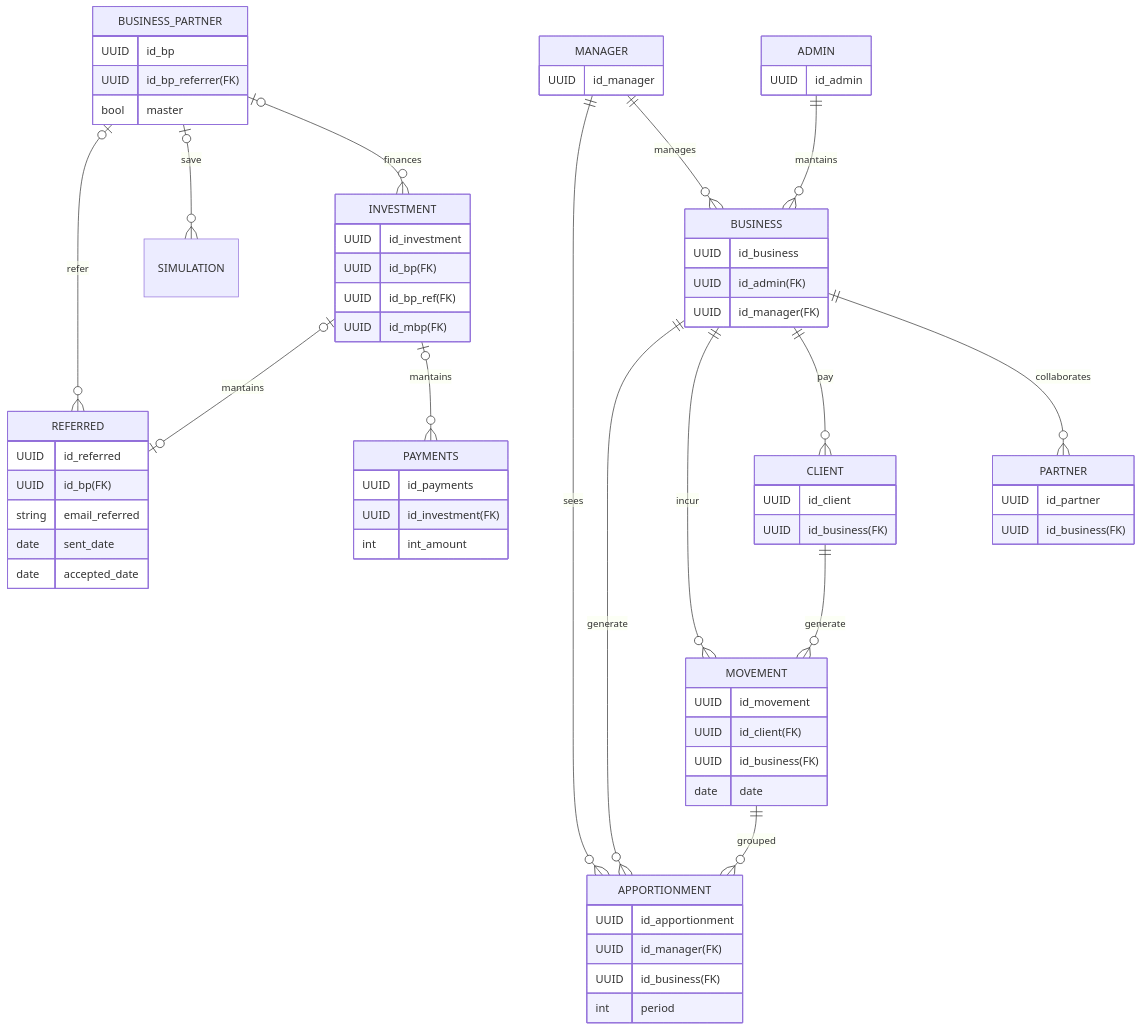
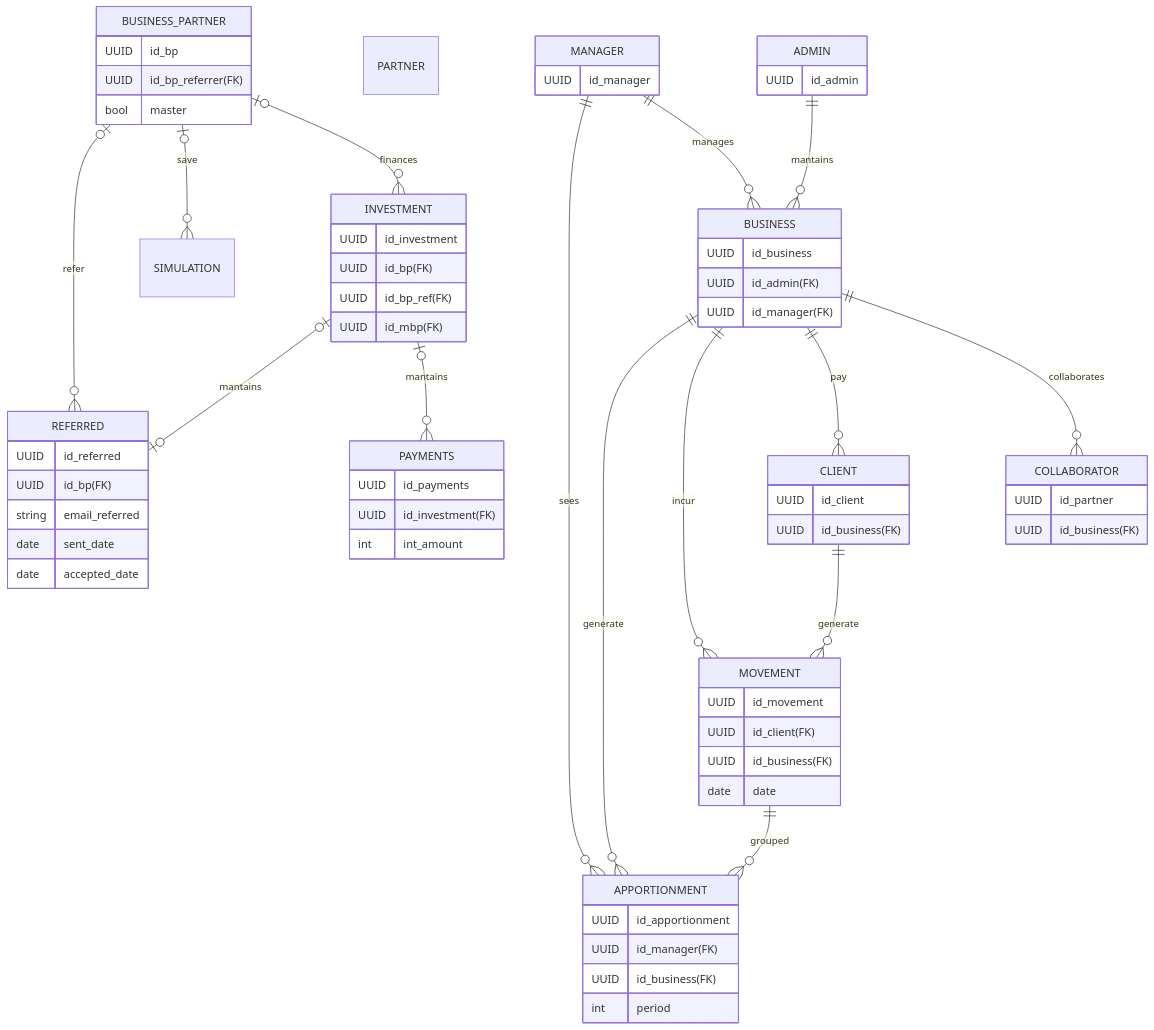
The diagram in Entity–relationship-model.md (git-jrm/management-system), drawn with Mermaid before and after one commit.

````diff
--- a/Entity–relationship-model.md
+++ b/Entity–relationship-model.md
@@ -3,74 +3,74 @@
 ```mermaid
 erDiagram
     ADMIN ||--o{ BUSINESS : mantains
-    BUSINESS ||--o{ PARTNER : collaborates
+    BUSINESS ||--o{ COLLABORATOR : collaborates
     BUSINESS ||--o{ CLIENT : pay
     PARTNER
     MANAGER ||--o{ BUSINESS : manages
     CLIENT ||--o{ MOVEMENT : generate
     BUSINESS ||--o{ MOVEMENT : incur
     BUSINESS ||--o{ APPORTIONMENT : generate
     MOVEMENT ||--o{ APPORTIONMENT : grouped
     MANAGER ||--o{ APPORTIONMENT : sees
     ADMIN {
         UUID id_admin
     }
     MANAGER {
         UUID id_manager
     }
     BUSINESS {
         UUID id_business
         UUID id_admin(FK)
         UUID id_manager(FK)
     }
-    PARTNER {
+    COLLABORATOR {
         UUID id_partner
         UUID id_business(FK)
     }
     APPORTIONMENT{ 
         UUID id_apportionment
         UUID id_manager(FK)
         UUID id_business(FK)
         int period
     }
     CLIENT {
         UUID id_client
         UUID id_business(FK)
     }
     MOVEMENT {
         UUID id_movement
         UUID id_client(FK)
         UUID id_business(FK)
         date date
     }
     
     BUSINESS_PARTNER |o--o{ INVESTMENT : finances
     BUSINESS_PARTNER |o--o{ SIMULATION : save
     BUSINESS_PARTNER |o--o{ REFERRED : refer
     INVESTMENT |o--o{ PAYMENTS : mantains
     INVESTMENT |o--o| REFERRED : mantains
     BUSINESS_PARTNER {
         UUID id_bp
         UUID id_bp_referrer(FK)
         bool master
     }
     INVESTMENT {
         UUID id_investment
         UUID id_bp(FK)
         UUID id_bp_ref(FK)
         UUID id_mbp(FK)
     }
     REFERRED {
         UUID id_referred
         UUID id_bp(FK)
         string email_referred
         date sent_date
         date accepted_date
     }
     PAYMENTS {
         UUID id_payments
         UUID id_investment(FK)
         int int_amount
     }
 
 ```
````
